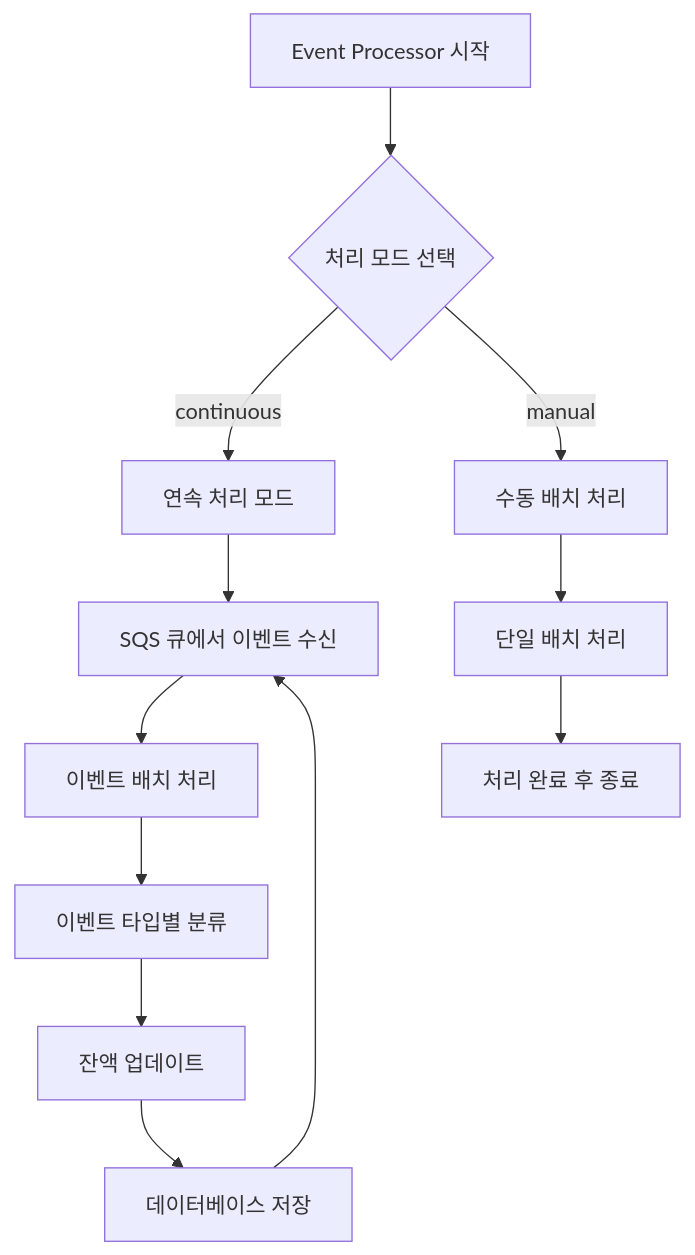
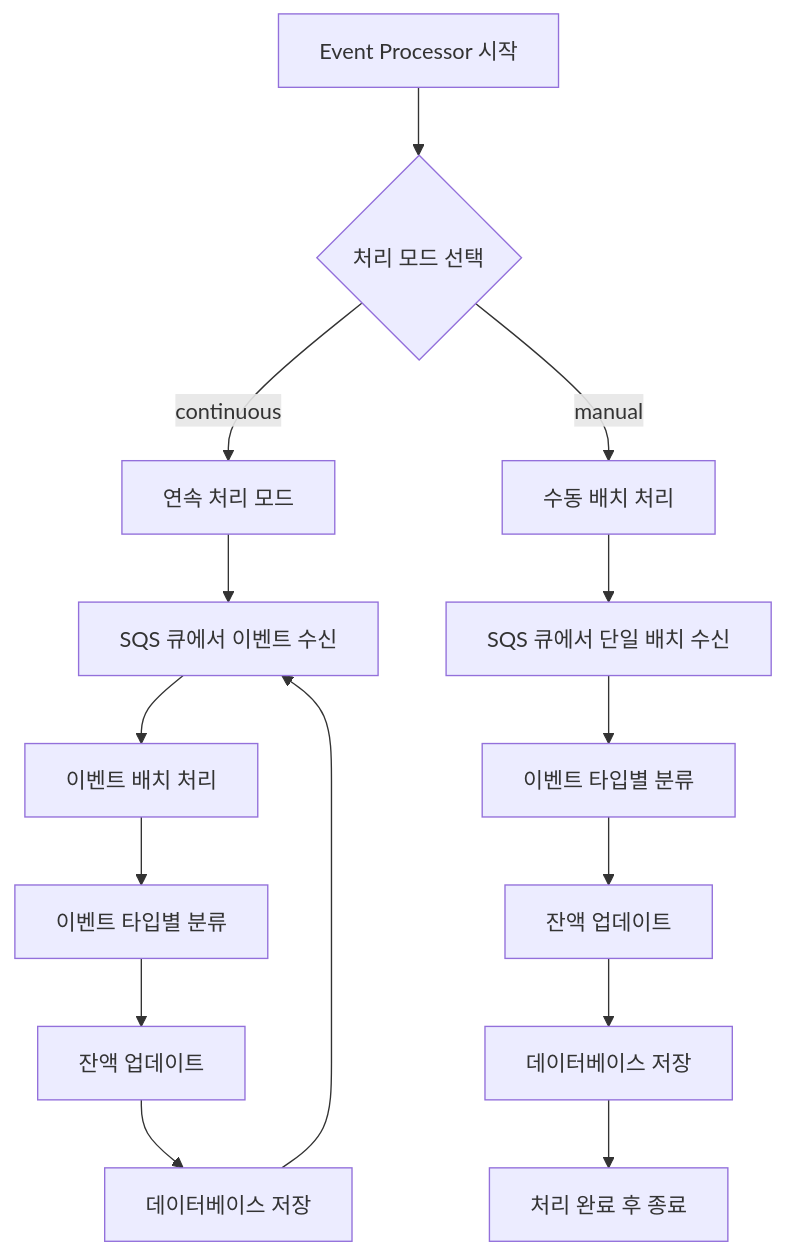
The second of 4 diagrams in readme.md (DSeung001/token_balance_indexer), drawn with Mermaid before and after one commit. The commit also changed other lines of this file, not shown here.

````diff
--- a/readme.md
+++ b/readme.md
@@ -125,17 +141,20 @@
 ```mermaid
 flowchart TD
     A[Event Processor 시작] --> B{처리 모드 선택}
     
     B -->|continuous| C[연속 처리 모드]
     B -->|manual| D[수동 배치 처리]
     
     C --> E[SQS 큐에서 이벤트 수신]
     E --> F[이벤트 배치 처리]
     F --> G[이벤트 타입별 분류]
     G --> H[잔액 업데이트]
     H --> I[데이터베이스 저장]
     I --> E
     
-    D --> J[단일 배치 처리]
-    J --> K[처리 완료 후 종료]
+    D --> J[SQS 큐에서 단일 배치 수신]
+    J --> K[이벤트 타입별 분류]
+    K --> L[잔액 업데이트]
+    L --> M[데이터베이스 저장]
+    M --> N[처리 완료 후 종료]
 ```
````
